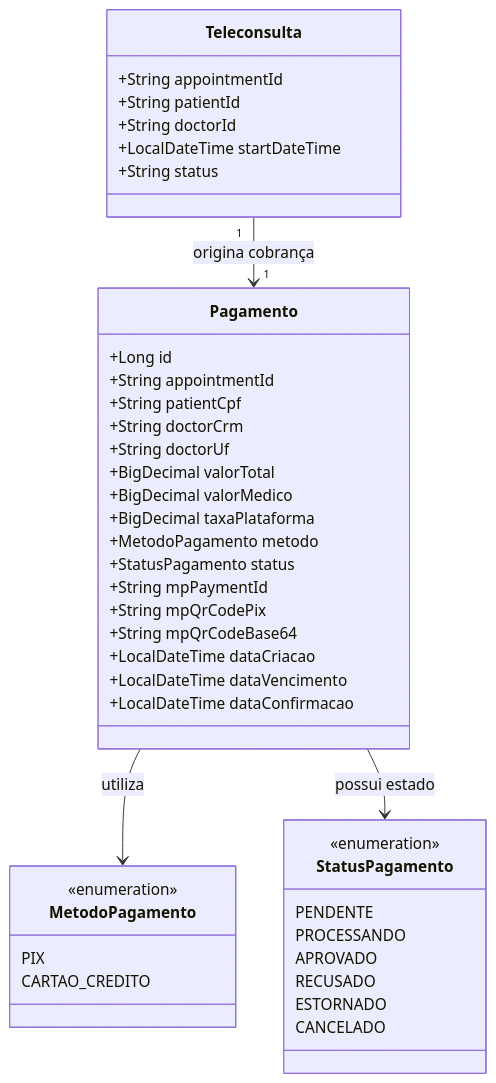
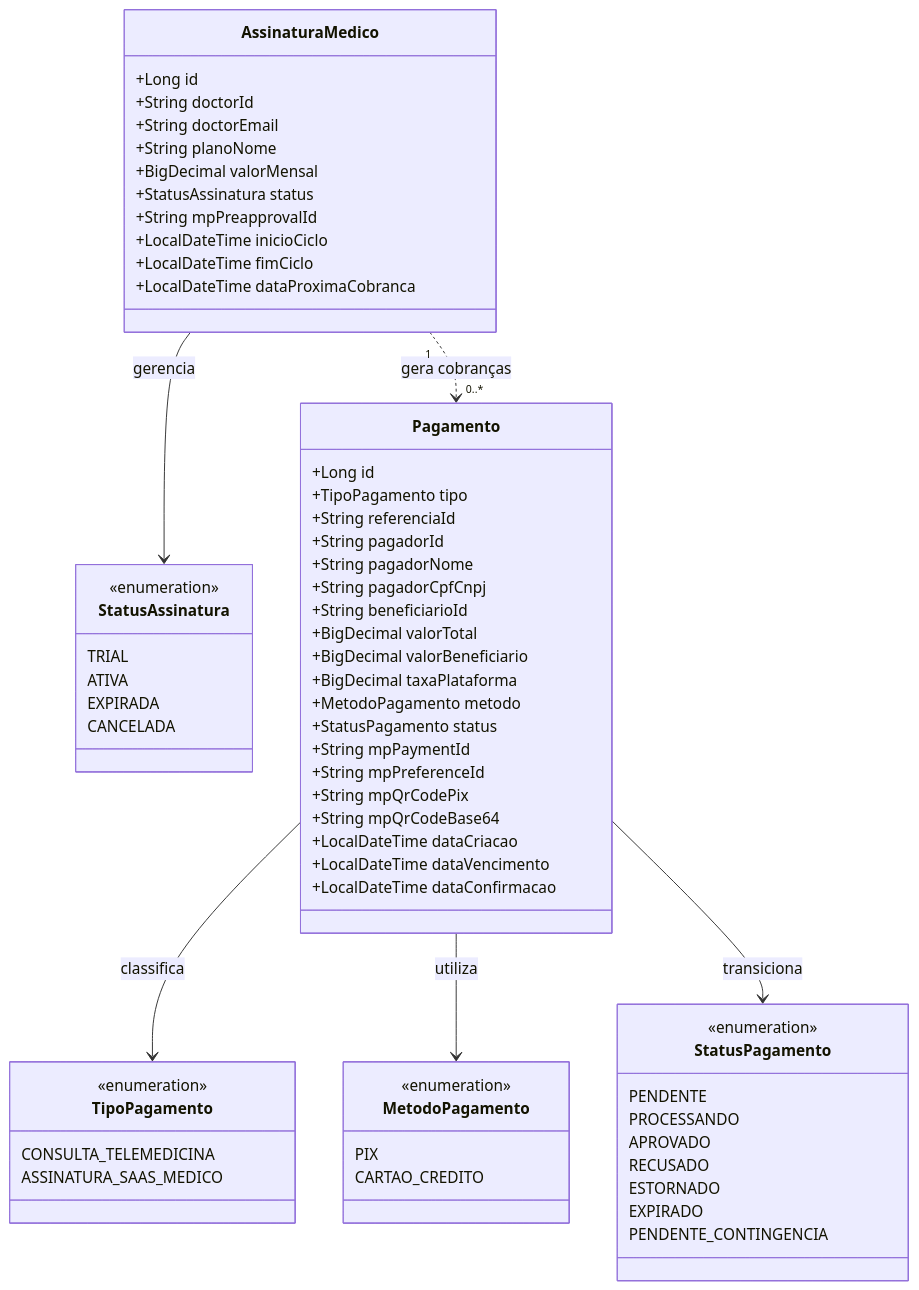
One commit to GuilhermeSilva-25/active-age changed the first of 3 diagrams in 4-Semestre/docs_ia/specs/SPEC_SDD_MICROSSERVICO_GATEWAY_PAGAMENTO_SPLIT.md. Above: the diagram before and after it, drawn with Mermaid. The commit also changed other lines of this file, not shown here.

Commit message:
docs(spec): atualizar SPEC-17 com suporte integral a split de consulta e assinatura saas do medico

````diff
--- a/4-Semestre/docs_ia/specs/SPEC_SDD_MICROSSERVICO_GATEWAY_PAGAMENTO_SPLIT.md
+++ b/4-Semestre/docs_ia/specs/SPEC_SDD_MICROSSERVICO_GATEWAY_PAGAMENTO_SPLIT.md
@@ -29,49 +50,74 @@
 ```mermaid
 classDiagram
-    class Teleconsulta {
-        +String appointmentId
-        +String patientId
-        +String doctorId
-        +LocalDateTime startDateTime
-        +String status
-    }
-
-    class Pagamento {
-        +Long id
-        +String appointmentId
-        +String patientCpf
-        +String doctorCrm
-        +String doctorUf
-        +BigDecimal valorTotal
-        +BigDecimal valorMedico
-        +BigDecimal taxaPlataforma
-        +MetodoPagamento metodo
-        +StatusPagamento status
-        +String mpPaymentId
-        +String mpQrCodePix
-        +String mpQrCodeBase64
-        +LocalDateTime dataCriacao
-        +LocalDateTime dataVencimento
-        +LocalDateTime dataConfirmacao
+    class TipoPagamento {
+        <<enumeration>>
+        CONSULTA_TELEMEDICINA
+        ASSINATURA_SAAS_MEDICO
     }
 
     class MetodoPagamento {
         <<enumeration>>
         PIX
         CARTAO_CREDITO
     }
 
     class StatusPagamento {
         <<enumeration>>
         PENDENTE
         PROCESSANDO
         APROVADO
         RECUSADO
         ESTORNADO
-        CANCELADO
+        EXPIRADO
+        PENDENTE_CONTINGENCIA
     }
 
-    Teleconsulta "1" --> "1" Pagamento : origina cobrança
+    class StatusAssinatura {
+        <<enumeration>>
+        TRIAL
+        ATIVA
+        EXPIRADA
+        CANCELADA
+    }
+
+    class Pagamento {
+        +Long id
+        +TipoPagamento tipo
+        +String referenciaId
+        +String pagadorId
+        +String pagadorNome
+        +String pagadorCpfCnpj
+        +String beneficiarioId
+        +BigDecimal valorTotal
+        +BigDecimal valorBeneficiario
+        +BigDecimal taxaPlataforma
+        +MetodoPagamento metodo
+        +StatusPagamento status
+        +String mpPaymentId
+        +String mpPreferenceId
+        +String mpQrCodePix
+        +String mpQrCodeBase64
+        +LocalDateTime dataCriacao
+        +LocalDateTime dataVencimento
+        +LocalDateTime dataConfirmacao
+    }
+
+    class AssinaturaMedico {
+        +Long id
+        +String doctorId
+        +String doctorEmail
+        +String planoNome
+        +BigDecimal valorMensal
+        +StatusAssinatura status
+        +String mpPreapprovalId
+        +LocalDateTime inicioCiclo
+        +LocalDateTime fimCiclo
+        +LocalDateTime dataProximaCobranca
+    }
+
+    Pagamento --> TipoPagamento : classifica
     Pagamento --> MetodoPagamento : utiliza
-    Pagamento --> StatusPagamento : possui estado
+    Pagamento --> StatusPagamento : transiciona
+    AssinaturaMedico --> StatusAssinatura : gerencia
+    AssinaturaMedico "1" ..> "0..*" Pagamento : gera cobranças
 ```
````
